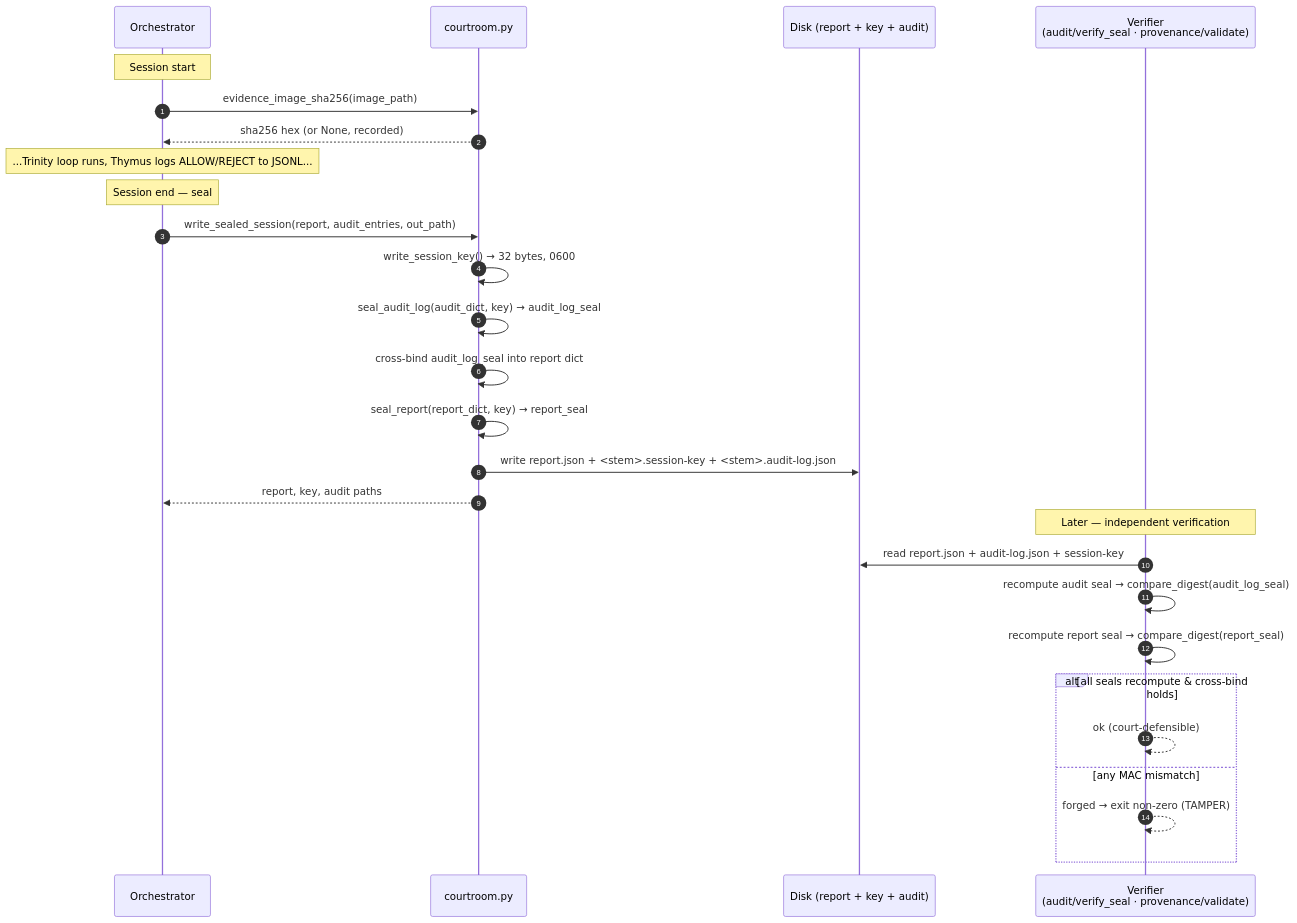
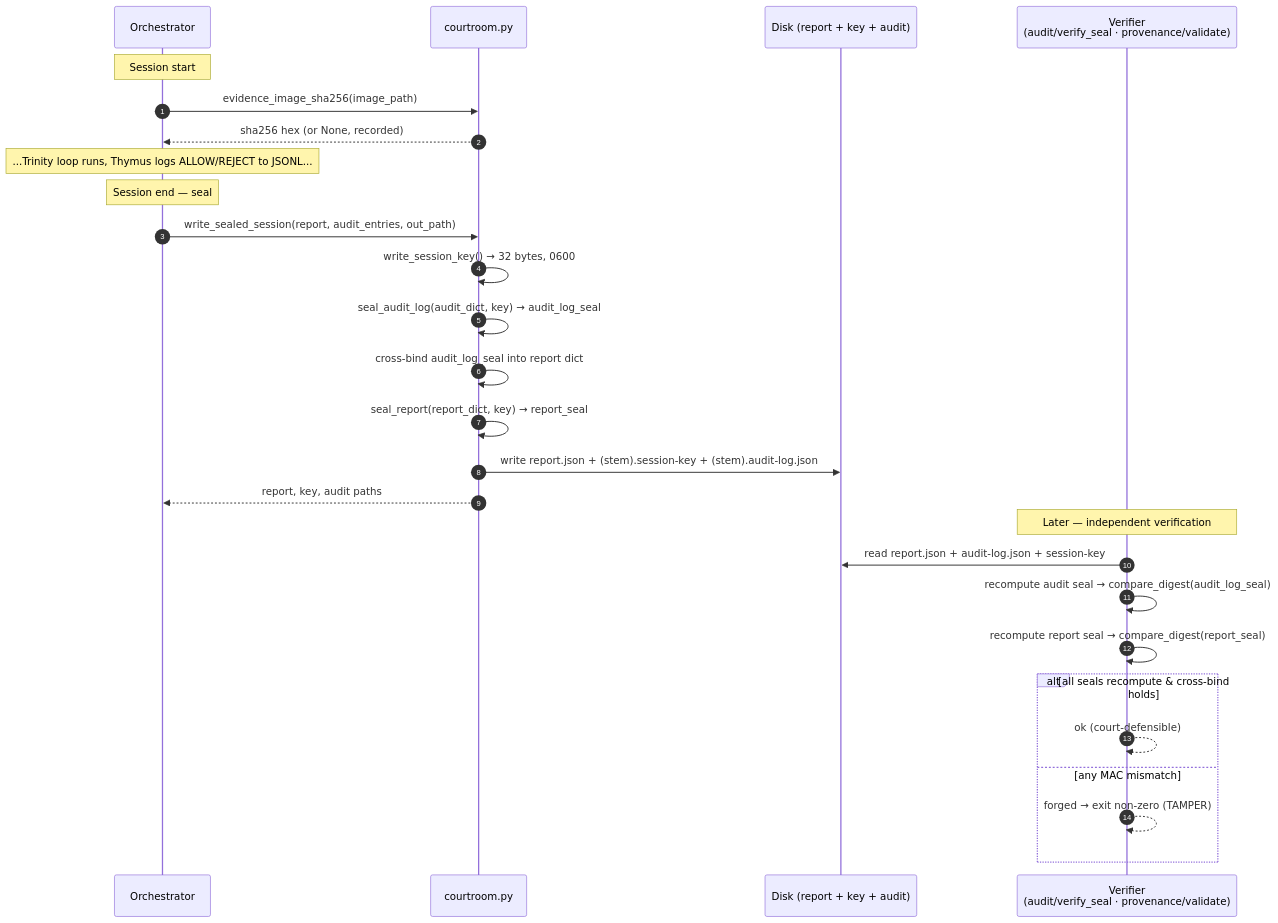
The diagram in docs/05-safety-forensics/audit-courtroom.md (galvangabriel-web/agentropix-mcp), drawn with Mermaid before and after one commit. The commit also changed other lines of this file and 103 other files, not shown here.

````diff
--- a/docs/05-safety-forensics/audit-courtroom.md
+++ b/docs/05-safety-forensics/audit-courtroom.md
@@ -159,33 +159,33 @@
 ```mermaid
 sequenceDiagram
     autonumber
     participant ORCH as Orchestrator
     participant CR as courtroom.py
     participant FS as Disk (report + key + audit)
     participant V as Verifier<br/>(audit/verify_seal · provenance/validate)
 
     Note over ORCH: Session start
     ORCH->>CR: evidence_image_sha256(image_path)
     CR-->>ORCH: sha256 hex (or None, recorded)
 
     Note over ORCH: ...Trinity loop runs, Thymus logs ALLOW/REJECT to JSONL...
 
     Note over ORCH: Session end — seal
     ORCH->>CR: write_sealed_session(report, audit_entries, out_path)
     CR->>CR: write_session_key() → 32 bytes, 0600
     CR->>CR: seal_audit_log(audit_dict, key) → audit_log_seal
     CR->>CR: cross-bind audit_log_seal into report dict
     CR->>CR: seal_report(report_dict, key) → report_seal
-    CR->>FS: write report.json + <stem>.session-key + <stem>.audit-log.json
+    CR->>FS: write report.json + (stem).session-key + (stem).audit-log.json
     CR-->>ORCH: report, key, audit paths
 
     Note over V: Later — independent verification
     V->>FS: read report.json + audit-log.json + session-key
     V->>V: recompute audit seal → compare_digest(audit_log_seal)
     V->>V: recompute report seal → compare_digest(report_seal)
     alt all seals recompute & cross-bind holds
         V-->>V: ok (court-defensible)
     else any MAC mismatch
         V-->>V: forged → exit non-zero (TAMPER)
     end
 ```
````
